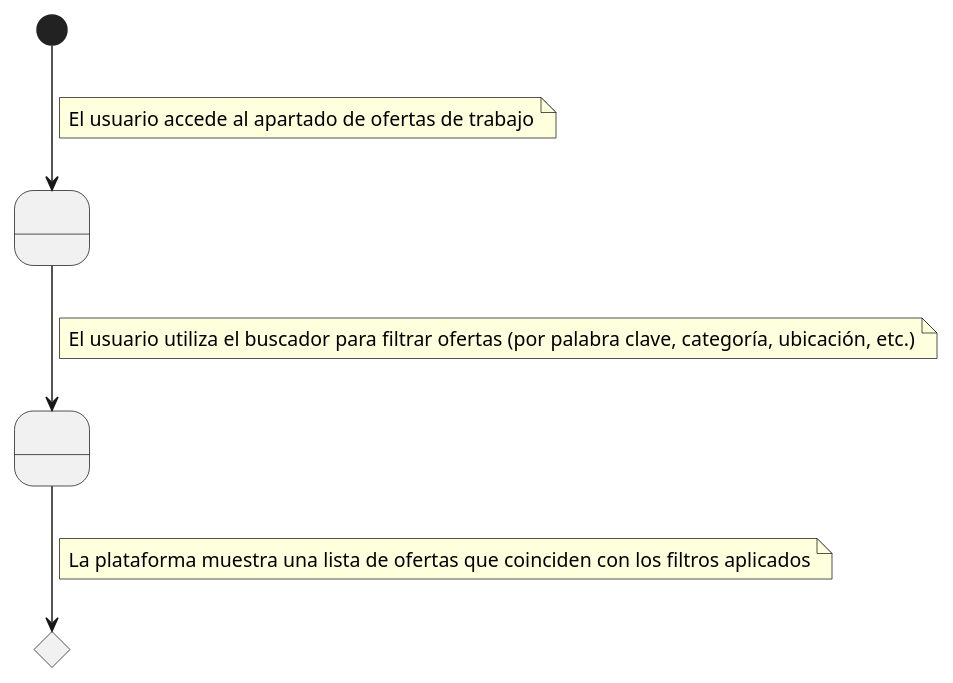
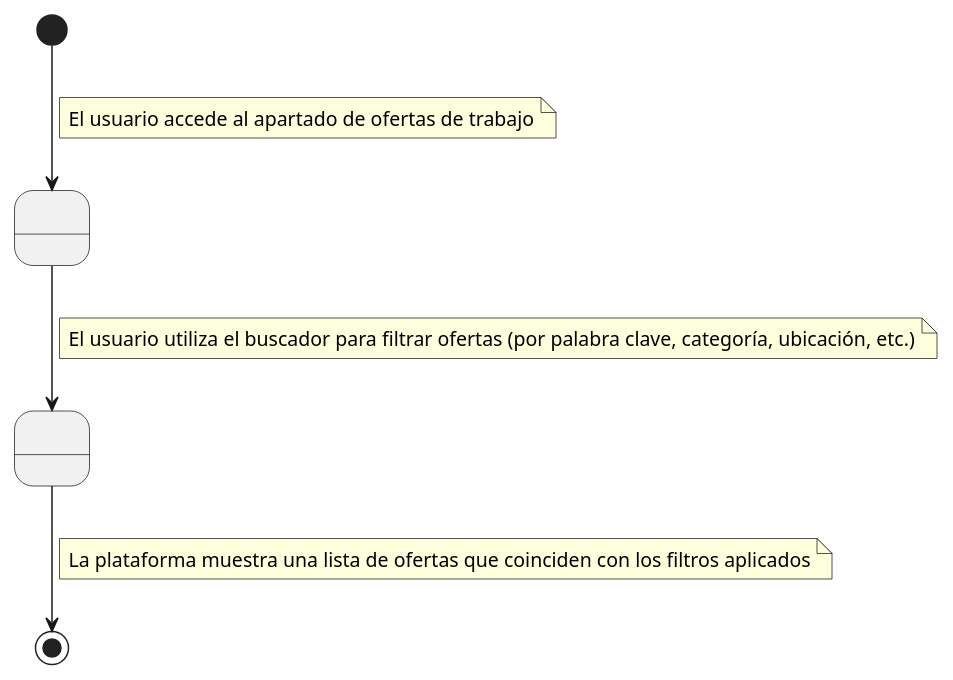
Before and after one commit to mmasias/24-25-IdSw1-SDR: the diagram in modelosUML/CasosDeUso/diagramas/DiagramasDetalllar/buscarOferta.puml, drawn with PlantUML. The commit also changed 15 other files, not shown here.

```diff
--- a/modelosUML/CasosDeUso/diagramas/DiagramasDetalllar/buscarOferta.puml
+++ b/modelosUML/CasosDeUso/diagramas/DiagramasDetalllar/buscarOferta.puml
@@ -1,19 +1,17 @@
 @startuml
 state " " as Estado1
 state " " as Estado2
-
-state Condicion1 <<choice>>
 
 [*] --> Estado1
     note on link
         El usuario accede al apartado de ofertas de trabajo
     end note
 Estado1 --> Estado2
     note on link
         El usuario utiliza el buscador para filtrar ofertas (por palabra clave, categoría, ubicación, etc.)
     end note
-Estado2 --> Condicion1
+Estado2 --> [*]
     note on link
         La plataforma muestra una lista de ofertas que coinciden con los filtros aplicados
     end note
 @enduml
```
